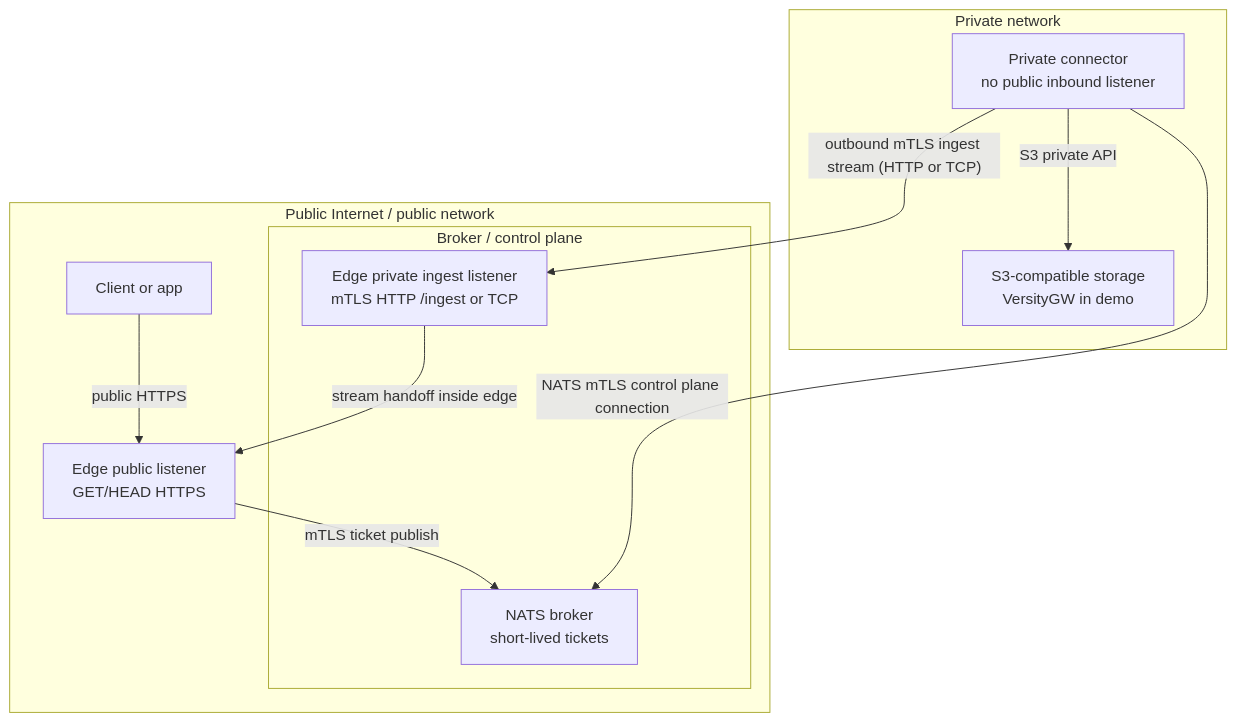
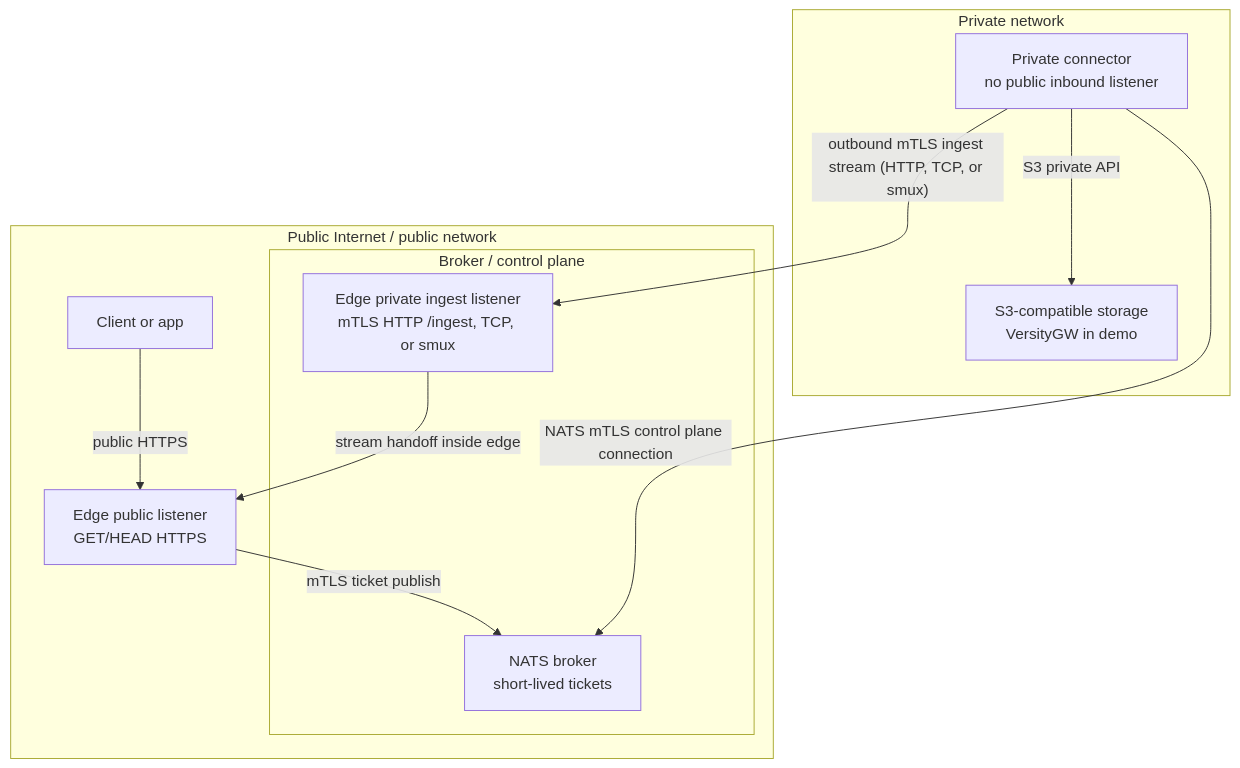
The second of 2 diagrams in README.md (terion-name/air3), drawn with Mermaid before and after one commit. The commit also changed other lines of this file and 4 other files, not shown here.

Commit message:
docs: document smux ingest transport

````diff
--- a/README.md
+++ b/README.md
@@ -57,24 +57,24 @@
 ```mermaid
 flowchart TB
     subgraph Public["Public Internet / public network"]
         Client["Client or app"]
         PublicEdge["Edge public listener\nGET/HEAD HTTPS"]
 
         subgraph Broker["Broker / control plane"]
             NATS["NATS broker\nshort-lived tickets"]
-            Ingest["Edge private ingest listener\nmTLS HTTP /ingest or TCP"]
+            Ingest["Edge private ingest listener\nmTLS HTTP /ingest, TCP, or smux"]
         end
     end
 
     subgraph Private["Private network"]
         Connector["Private connector\nno public inbound listener"]
         S3["S3-compatible storage\nVersityGW in demo"]
     end
 
     Client -->|"public HTTPS"| PublicEdge
     PublicEdge -->|"mTLS ticket publish"| NATS
     Connector -->|"NATS mTLS control plane connection"| NATS
     Connector -->|"S3 private API"| S3
-    Connector -->|"outbound mTLS ingest stream (HTTP or TCP)"| Ingest
+    Connector -->|"outbound mTLS ingest stream (HTTP, TCP, or smux)"| Ingest
     Ingest -->|"stream handoff inside edge"| PublicEdge
 ```
````
